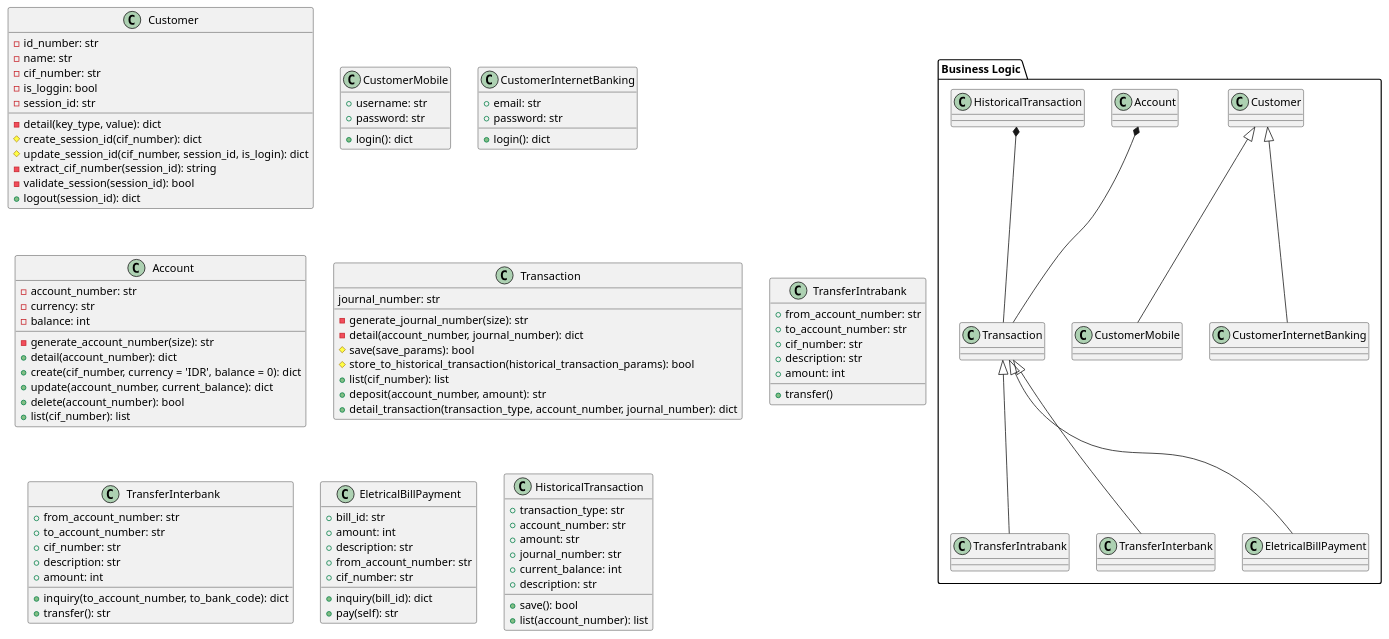
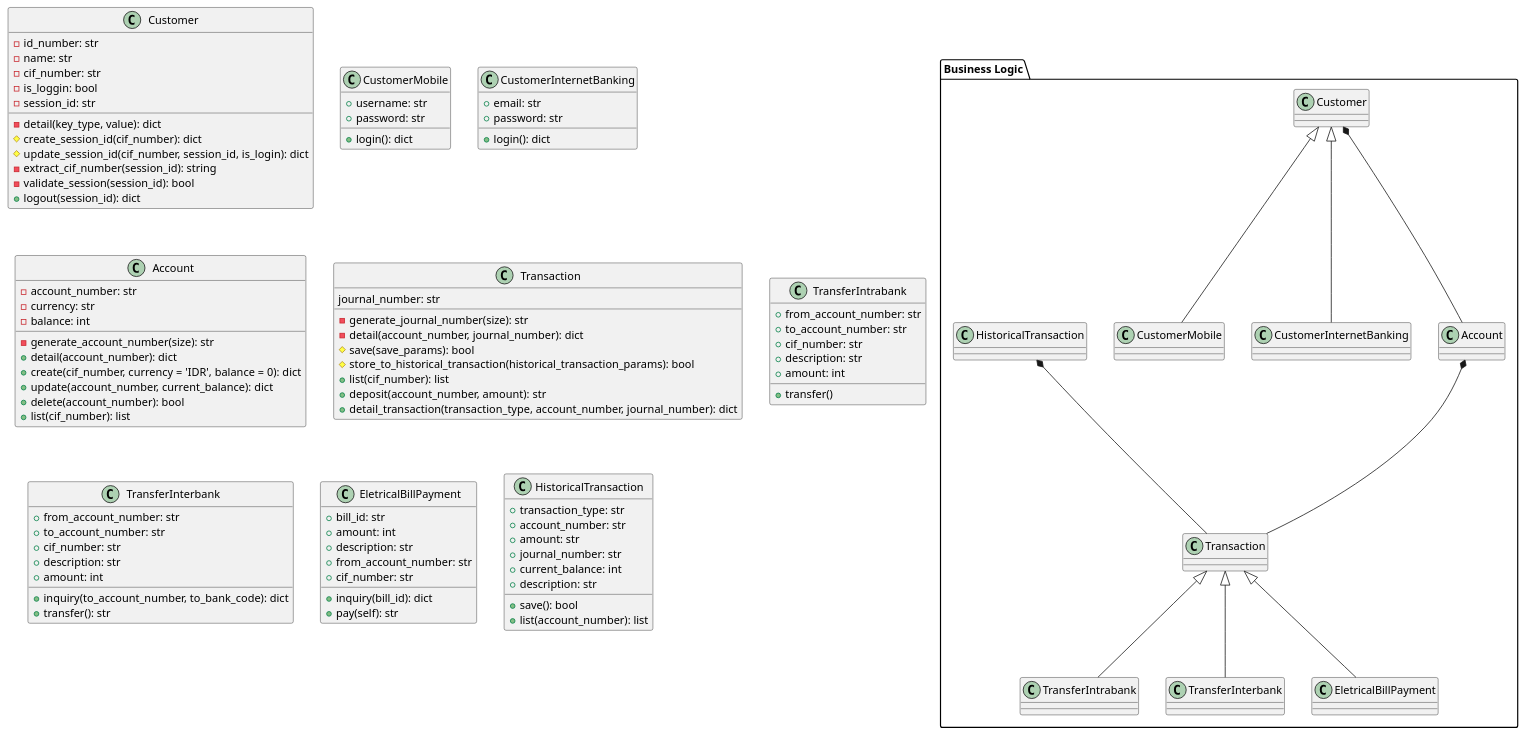
The diagram in v3/uml/business-logic-diagram.wsd (wildananugrah/simplebank), drawn with PlantUML before and after one commit. The commit also changed 8 other files, not shown here.

```diff
--- a/v3/uml/business-logic-diagram.wsd
+++ b/v3/uml/business-logic-diagram.wsd
@@ -1,104 +1,105 @@
 @startuml
 package "Business Logic"{
     Customer <|-- CustomerMobile
     Customer <|-- CustomerInternetBanking
     Transaction <|-- TransferIntrabank
     Transaction <|-- TransferInterbank
     Transaction <|-- EletricalBillPayment
     Account *-- Transaction
     HistoricalTransaction *-- Transaction 
+    Customer *-- Account
 } 
 
 class Customer{
     - id_number: str
     - name: str
     - cif_number: str
     - is_loggin: bool
     - session_id: str
 
     - detail(key_type, value): dict
     # create_session_id(cif_number): dict
     # update_session_id(cif_number, session_id, is_login): dict
     - extract_cif_number(session_id): string
     - validate_session(session_id): bool
     + logout(session_id): dict
     
 }
 
 class CustomerMobile{
     + username: str
     + password: str
     + login(): dict
 }
 
 class CustomerInternetBanking{
     + email: str
     + password: str
     + login(): dict
 }
 
 class Account{
     - account_number: str
     - currency: str
     - balance: int
     - generate_account_number(size): str
     + detail(account_number): dict
     + create(cif_number, currency = 'IDR', balance = 0): dict
     + update(account_number, current_balance): dict
     + delete(account_number): bool
     + list(cif_number): list
 }
 
 class Transaction{
     journal_number: str
     - generate_journal_number(size): str
     - detail(account_number, journal_number): dict
     # save(save_params): bool
     # store_to_historical_transaction(historical_transaction_params): bool
     + list(cif_number): list
     + deposit(account_number, amount): str
     + detail_transaction(transaction_type, account_number, journal_number): dict
 }
 
 class TransferIntrabank{
     + from_account_number: str
     + to_account_number: str
     + cif_number: str
     + description: str
     + amount: int
     + transfer()
 }
 
 class TransferInterbank{
     + from_account_number: str
     + to_account_number: str
     + cif_number: str
     + description: str
     + amount: int
     + inquiry(to_account_number, to_bank_code): dict
     + transfer(): str
 }
 
 class EletricalBillPayment{
     + bill_id: str
     + amount: int
     + description: str
     + from_account_number: str
     + cif_number: str
 
     + inquiry(bill_id): dict
     + pay(self): str
 }
 
 class HistoricalTransaction{
     + transaction_type: str
     + account_number: str
     + amount: str
     + journal_number: str
     + current_balance: int
     + description: str
 
     + save(): bool
     + list(account_number): list
 }
 @enduml
```
